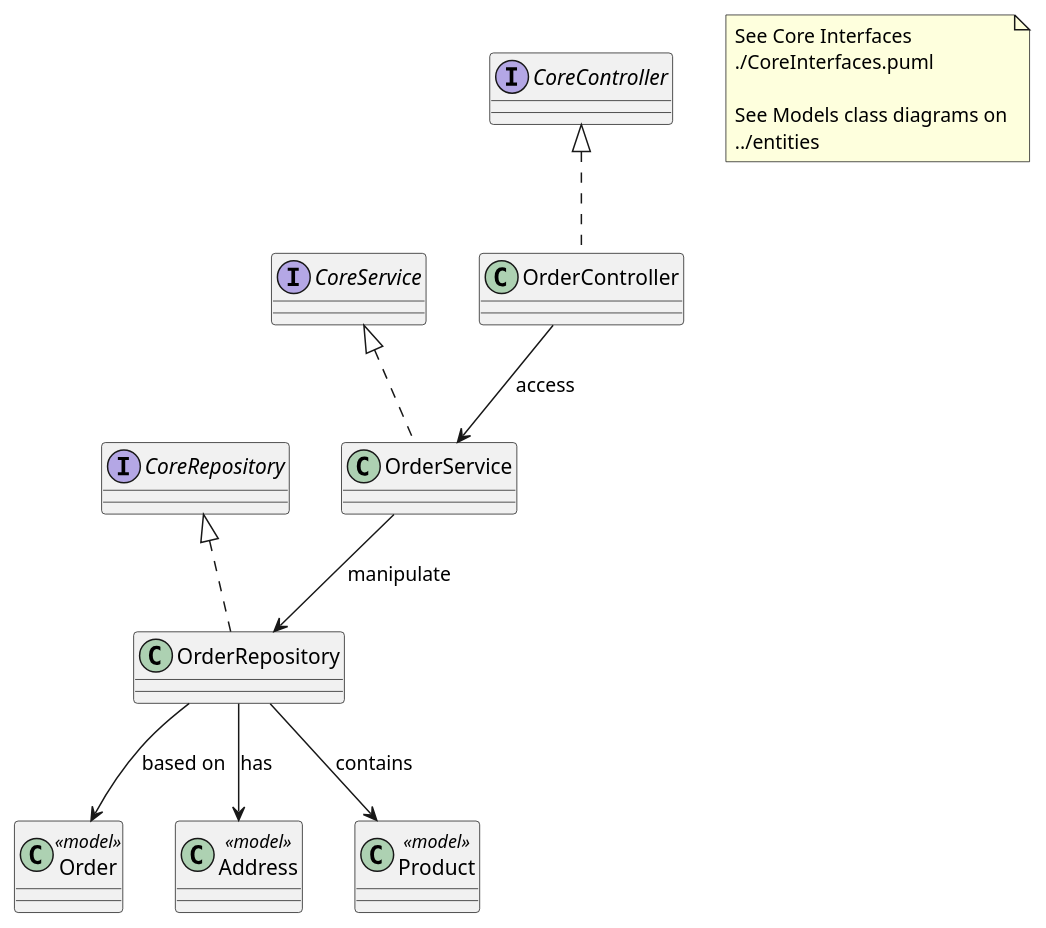
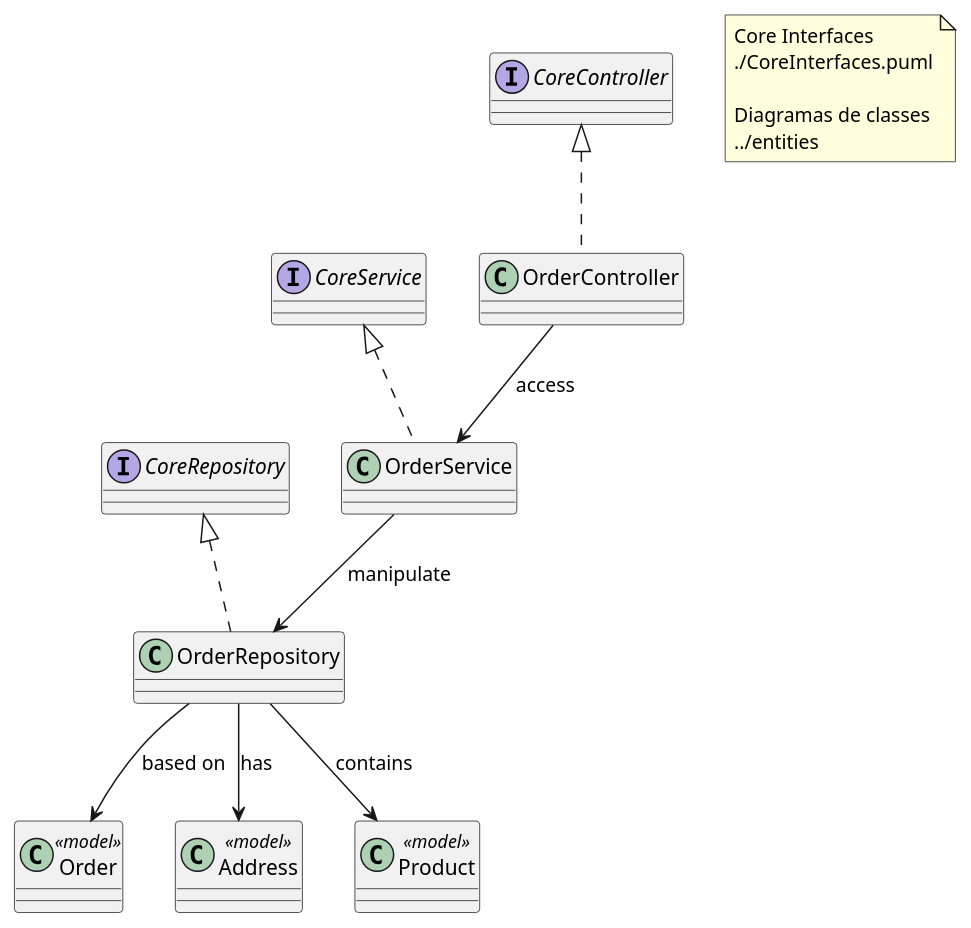
One commit to bruflor/comercio-vizinho changed the diagram in docs/diagrams/APIServer/OrderLayers.puml. Above: the diagram before and after it, drawn with PlantUML. The commit also changed 3 other files, not shown here.

```diff
--- a/docs/diagrams/APIServer/OrderLayers.puml
+++ b/docs/diagrams/APIServer/OrderLayers.puml
@@ -1,26 +1,26 @@
 @startuml
 
 class OrderController implements CoreController {}
 class OrderService implements CoreService {}
 class OrderRepository implements CoreRepository {}
 
 class Order <<model>> {}
 class Address <<model>> {}
 class Product <<model>> {}
 
 ' Relationships
 OrderController --> OrderService : access
 OrderService --> OrderRepository : manipulate
 OrderRepository --> Order : based on
 OrderRepository --> Address : has
 OrderRepository --> Product : contains
 
 note as N1
-See Core Interfaces
+Core Interfaces
 ./CoreInterfaces.puml
 
-See Models class diagrams on
+Diagramas de classes
 ../entities
 end note
 
 @enduml
```
